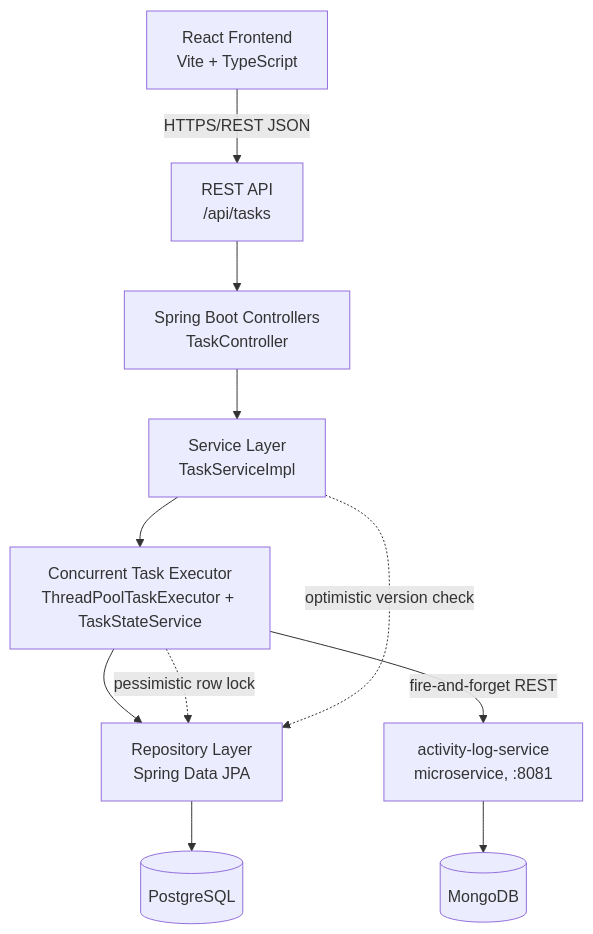
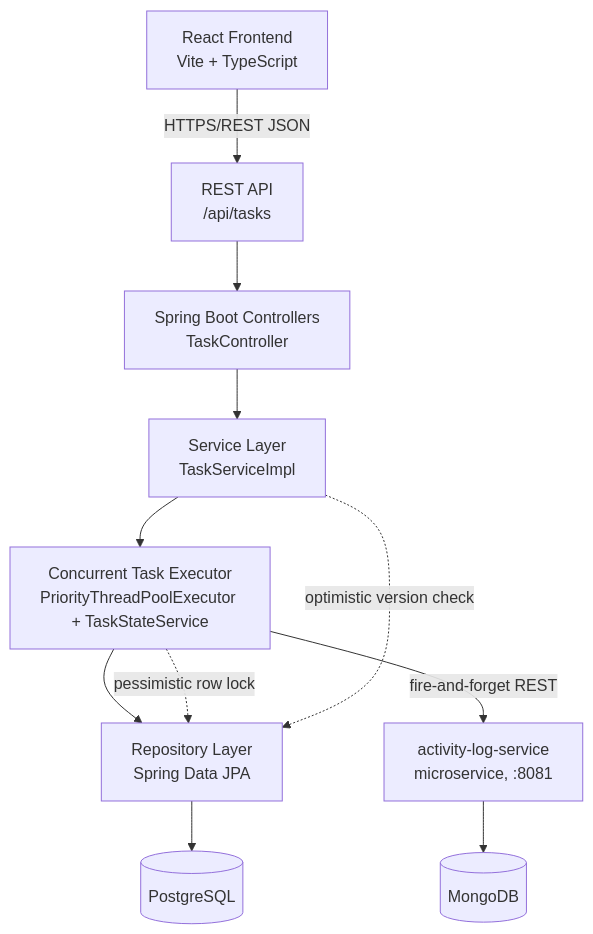
Before and after one commit to au01909/full_stack_event_ops: the diagram in README.md, drawn with Mermaid. The commit also changed other lines of this file and 6 other files, not shown here.

````diff
--- a/README.md
+++ b/README.md
@@ -28,14 +28,14 @@
 ```mermaid
 flowchart TD
     A[React Frontend<br/>Vite + TypeScript] -->|HTTPS/REST JSON| B[REST API<br/>/api/tasks]
     B --> C[Spring Boot Controllers<br/>TaskController]
     C --> D[Service Layer<br/>TaskServiceImpl]
-    D --> E[Concurrent Task Executor<br/>ThreadPoolTaskExecutor + TaskStateService]
+    D --> E[Concurrent Task Executor<br/>PriorityThreadPoolExecutor + TaskStateService]
     E --> F[Repository Layer<br/>Spring Data JPA]
     F --> G[(PostgreSQL)]
     E -->|fire-and-forget REST| H[activity-log-service<br/>microservice, :8081]
     H --> I[(MongoDB)]
 
     E -.pessimistic row lock.-> F
     D -.optimistic version check.-> F
 ```
````
